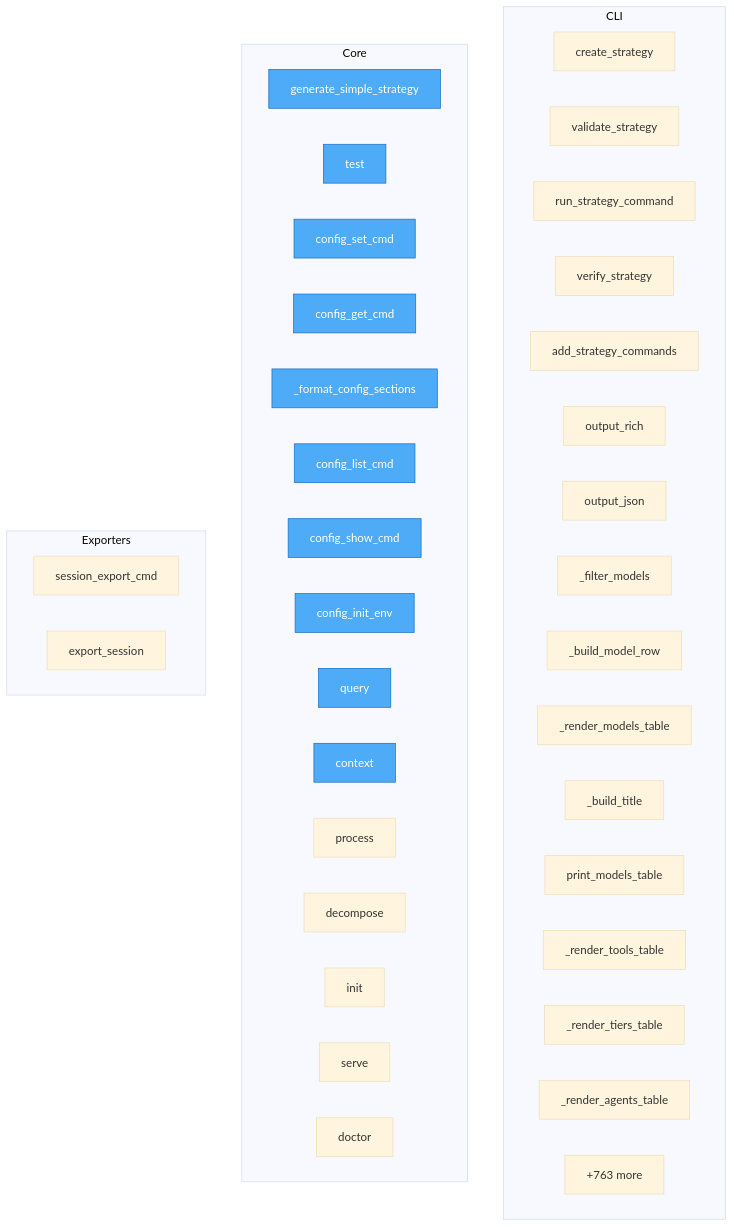
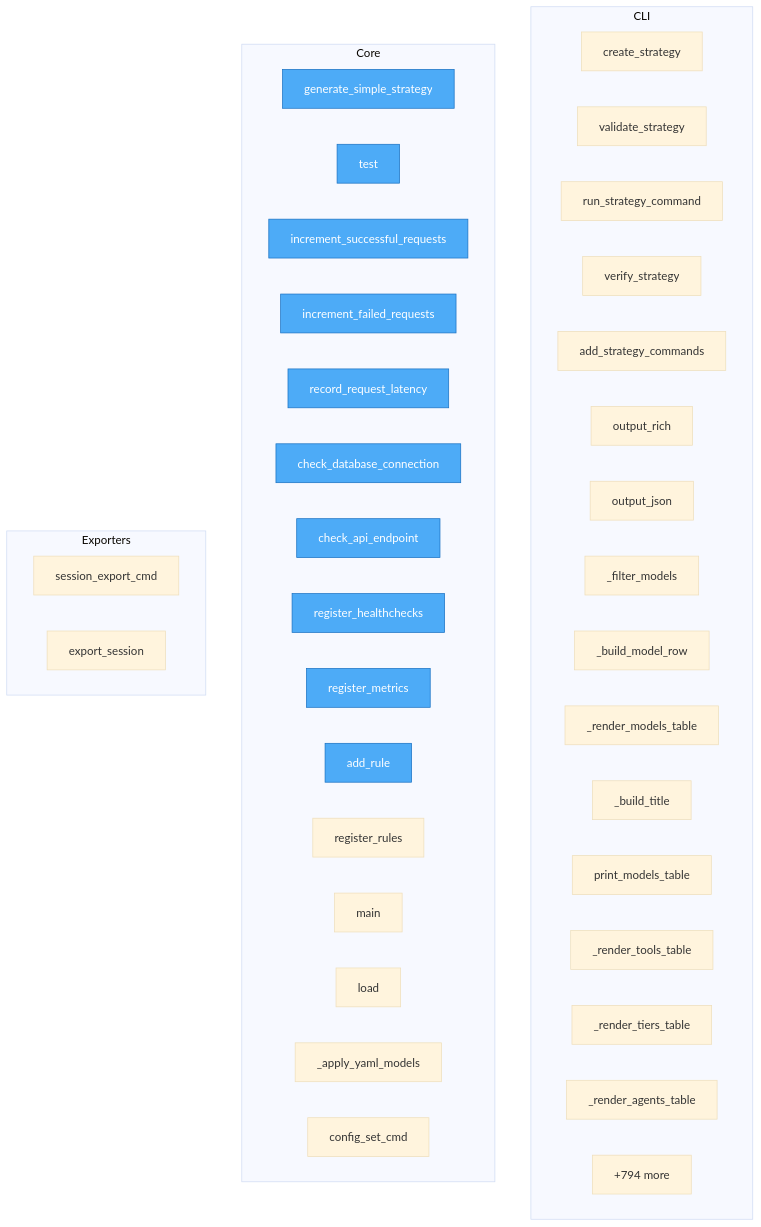
The diagram in project/flow.mmd (semcod/llx), drawn with Mermaid (base theme) before and after one commit. The commit also changed 27 other files, not shown here.

```diff
--- a/project/flow.mmd
+++ b/project/flow.mmd
@@ -1,49 +1,49 @@
 flowchart TD
 
     %% Entry points (blue)
     classDef entry fill:#4dabf7,stroke:#1971c2,color:#fff
 
     subgraph CLI
         llx__cli__strategy_commands__create_strategy["create_strategy"]
         llx__cli__strategy_commands__validate_strategy["validate_strategy"]
         llx__cli__strategy_commands__run_strategy_command["run_strategy_command"]
         llx__cli__strategy_commands__verify_strategy["verify_strategy"]
         llx__cli__strategy_commands__add_strategy_commands["add_strategy_commands"]
         llx__cli__formatters__output_rich["output_rich"]
         llx__cli__formatters__output_json["output_json"]
         llx__cli__formatters___filter_models["_filter_models"]
         llx__cli__formatters___build_model_row["_build_model_row"]
         llx__cli__formatters___render_models_table["_render_models_table"]
         llx__cli__formatters___build_title["_build_title"]
         llx__cli__formatters__print_models_table["print_models_table"]
         llx__cli__formatters___render_tools_table["_render_tools_table"]
         llx__cli__formatters___render_tiers_table["_render_tiers_table"]
         llx__cli__formatters___render_agents_table["_render_agents_table"]
         ...["+30 more"]
     end
 
     subgraph Core
         simple_generate__generate_simple_strategy["generate_simple_strategy"]
         trace__test["test"]
+        my_api__monitoring__CustomMetrics__increment_successful_requests["increment_successful_requests"]
+        my_api__monitoring__CustomMetrics__increment_failed_requests["increment_failed_requests"]
+        my_api__monitoring__CustomMetrics__record_request_latency["record_request_latency"]
+        my_api__monitoring__HealthChecks__check_database_connection["check_database_connection"]
+        my_api__monitoring__HealthChecks__check_api_endpoint["check_api_endpoint"]
+        my_api__monitoring__HealthChecks__register_healthchecks["register_healthchecks"]
+        my_api__monitoring__PrometheusMetrics__register_metrics["register_metrics"]
+        my_api__monitoring__AlertingRules__add_rule["add_rule"]
+        my_api__monitoring__AlertingRules__register_rules["register_rules"]
+        my_api__monitoring__main["main"]
+        llx__config__LlxConfig__load["load"]
+        llx__config___apply_yaml_models["_apply_yaml_models"]
         llx__prellm__cli_config__config_set_cmd["config_set_cmd"]
-        llx__prellm__cli_config__config_get_cmd["config_get_cmd"]
-        llx__prellm__cli_config___format_config_sections["_format_config_sections"]
-        llx__prellm__cli_config__config_list_cmd["config_list_cmd"]
-        llx__prellm__cli_config__config_show_cmd["config_show_cmd"]
-        llx__prellm__cli_config__config_init_env["config_init_env"]
-        llx__prellm__cli__query["query"]
-        llx__prellm__cli__context["context"]
-        llx__prellm__cli__process["process"]
-        llx__prellm__cli__decompose["decompose"]
-        llx__prellm__cli__init["init"]
-        llx__prellm__cli__serve["serve"]
-        llx__prellm__cli__doctor["doctor"]
-        ...["+763 more"]
+        ...["+794 more"]
     end
 
     subgraph Exporters
         llx__prellm__cli__session_export_cmd["session_export_cmd"]
         llx__prellm__context__user_memory__UserMemory__export_session["export_session"]
     end
 
-    class simple_generate__generate_simple_strategy,trace__test,llx__prellm__cli_config__config_set_cmd,llx__prellm__cli_config__config_get_cmd,llx__prellm__cli_config___format_config_sections,llx__prellm__cli_config__config_list_cmd,llx__prellm__cli_config__config_show_cmd,llx__prellm__cli_config__config_init_env,llx__prellm__cli__query,llx__prellm__cli__context entry
+    class simple_generate__generate_simple_strategy,trace__test,my_api__monitoring__CustomMetrics__increment_successful_requests,my_api__monitoring__CustomMetrics__increment_failed_requests,my_api__monitoring__CustomMetrics__record_request_latency,my_api__monitoring__HealthChecks__check_database_connection,my_api__monitoring__HealthChecks__check_api_endpoint,my_api__monitoring__HealthChecks__register_healthchecks,my_api__monitoring__PrometheusMetrics__register_metrics,my_api__monitoring__AlertingRules__add_rule entry
```
